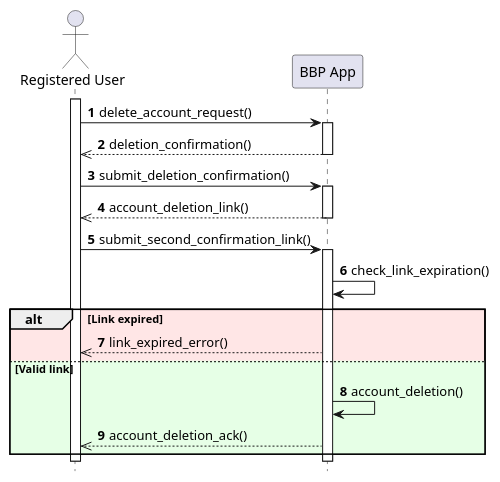
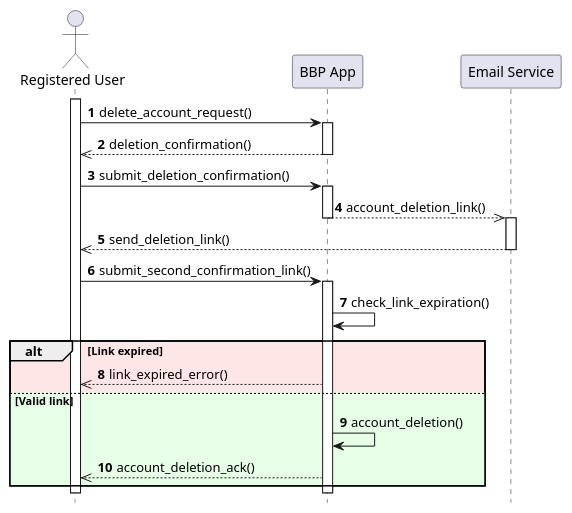
Before and after one commit to Guflie/PoliMi-SWE2-RDD-project: the diagram in diagrams/RASD/sequence diagram/UC5_sequence_diagram.puml, drawn with PlantUML. The commit also changed 19 other files, not shown here.

```diff
--- a/diagrams/RASD/sequence diagram/UC5_sequence_diagram.puml
+++ b/diagrams/RASD/sequence diagram/UC5_sequence_diagram.puml
@@ -1,35 +1,39 @@
 @startuml uc5_sequence_diagram
 hide footbox
 
 actor "Registered User" as User
 participant "BBP App" as App
+participant "Email Service" as em
 
 autonumber
 
 activate User
 
 User -> App : delete_account_request()
 activate App
 App -->> User : deletion_confirmation()
 deactivate App
 
 User -> App : submit_deletion_confirmation()
 activate App
-App -->> User : account_deletion_link()
+App -->> em : account_deletion_link()
 deactivate App
+activate em
+em -->> User : send_deletion_link()
+deactivate em
 
 User -> App :submit_second_confirmation_link()
 activate App
 App -> App : check_link_expiration()
 
 alt #ffe6e6 Link expired
     App -->> User : link_expired_error()
 
 else #e6ffe6 Valid link
     App -> App : account_deletion() 
     App -->> User : account_deletion_ack()
 end
 
 deactivate App
 deactivate User
 @enduml
```
